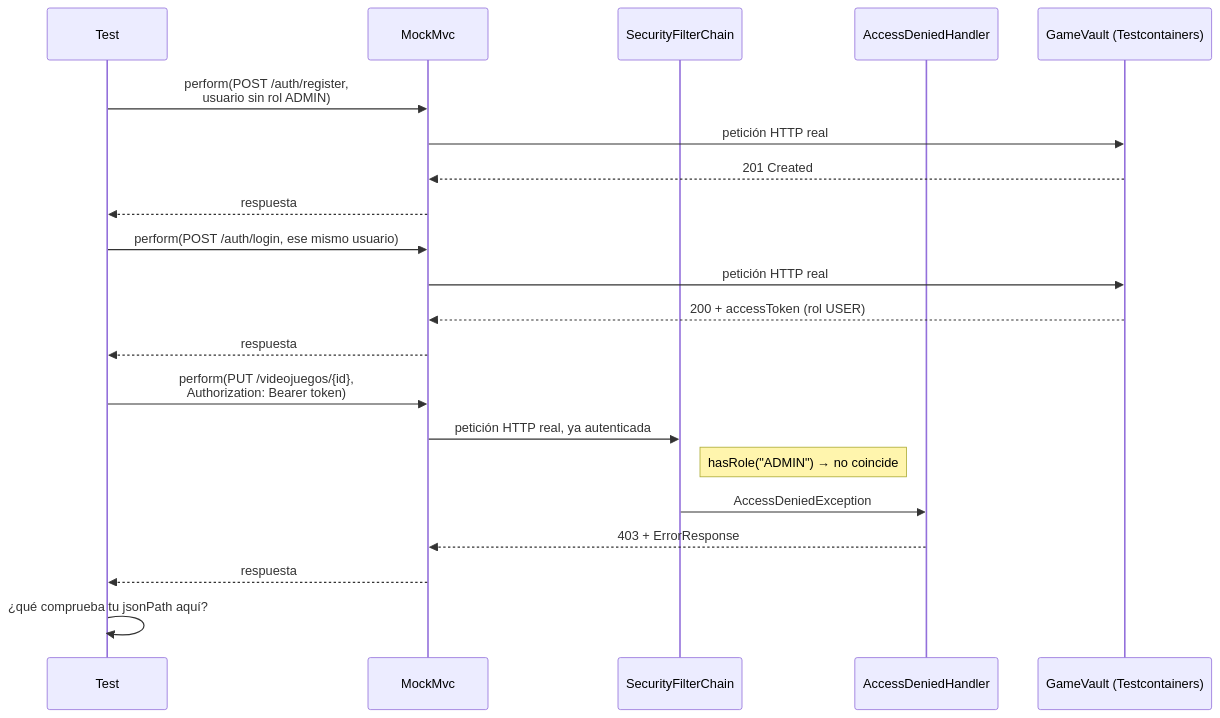
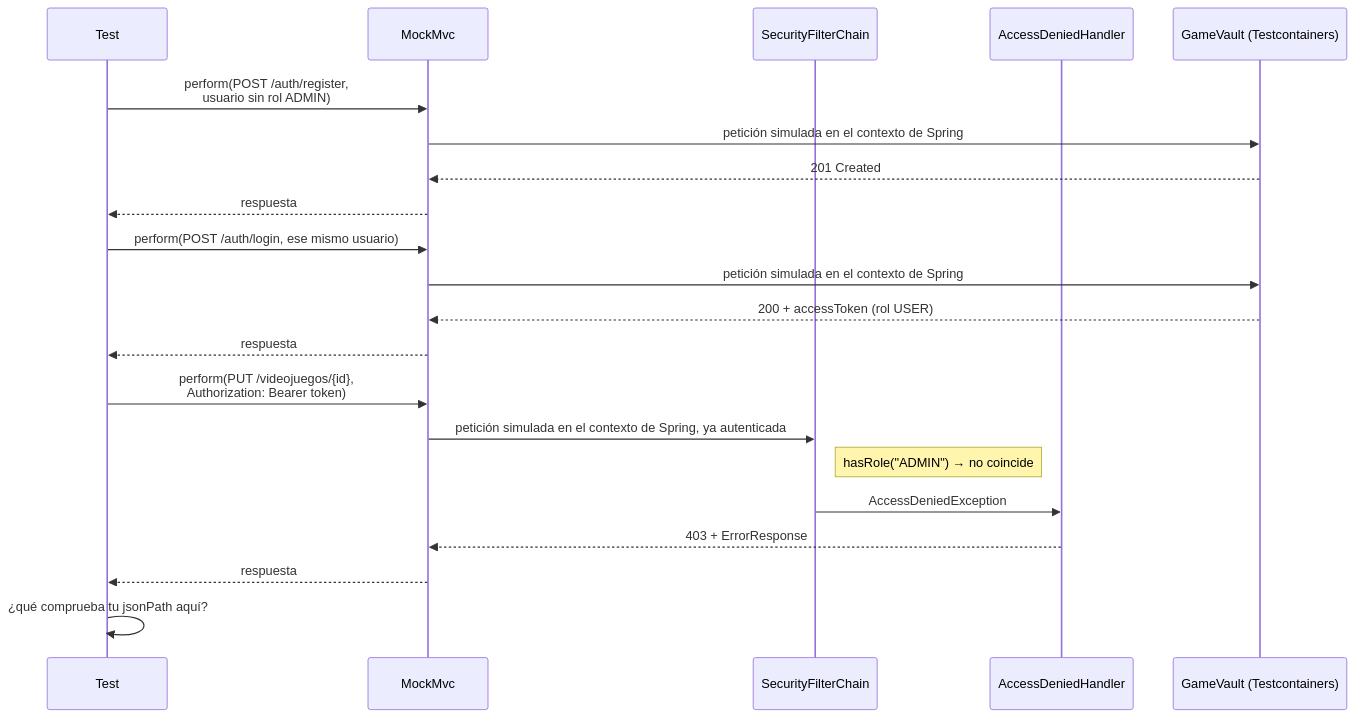
One commit to aitorventura/acceso-a-datos changed the sixth of 6 diagrams in docs/tema2/actividad_2_3.md. Above: the diagram before and after it, drawn with Mermaid. The commit also changed other lines of this file and 5 other files, not shown here.

````diff
--- a/docs/tema2/actividad_2_3.md
+++ b/docs/tema2/actividad_2_3.md
@@ -452,26 +421,26 @@
 ```mermaid
 sequenceDiagram
     participant Test
     participant MockMvc
     participant SecurityFilterChain
     participant AccessDeniedHandler
     participant App as GameVault (Testcontainers)
 
     Test->>MockMvc: perform(POST /auth/register,<br/>usuario sin rol ADMIN)
-    MockMvc->>App: petición HTTP real
+    MockMvc->>App: petición simulada en el contexto de Spring
     App-->>MockMvc: 201 Created
     MockMvc-->>Test: respuesta
 
     Test->>MockMvc: perform(POST /auth/login, ese mismo usuario)
-    MockMvc->>App: petición HTTP real
+    MockMvc->>App: petición simulada en el contexto de Spring
     App-->>MockMvc: 200 + accessToken (rol USER)
     MockMvc-->>Test: respuesta
 
     Test->>MockMvc: perform(PUT /videojuegos/{id},<br/>Authorization: Bearer token)
-    MockMvc->>SecurityFilterChain: petición HTTP real, ya autenticada
+    MockMvc->>SecurityFilterChain: petición simulada en el contexto de Spring, ya autenticada
     Note right of SecurityFilterChain: hasRole("ADMIN") → no coincide
     SecurityFilterChain->>AccessDeniedHandler: AccessDeniedException
     AccessDeniedHandler-->>MockMvc: 403 + ErrorResponse
     MockMvc-->>Test: respuesta
     Test->>Test: ¿qué comprueba tu jsonPath aquí?
 ```
````
